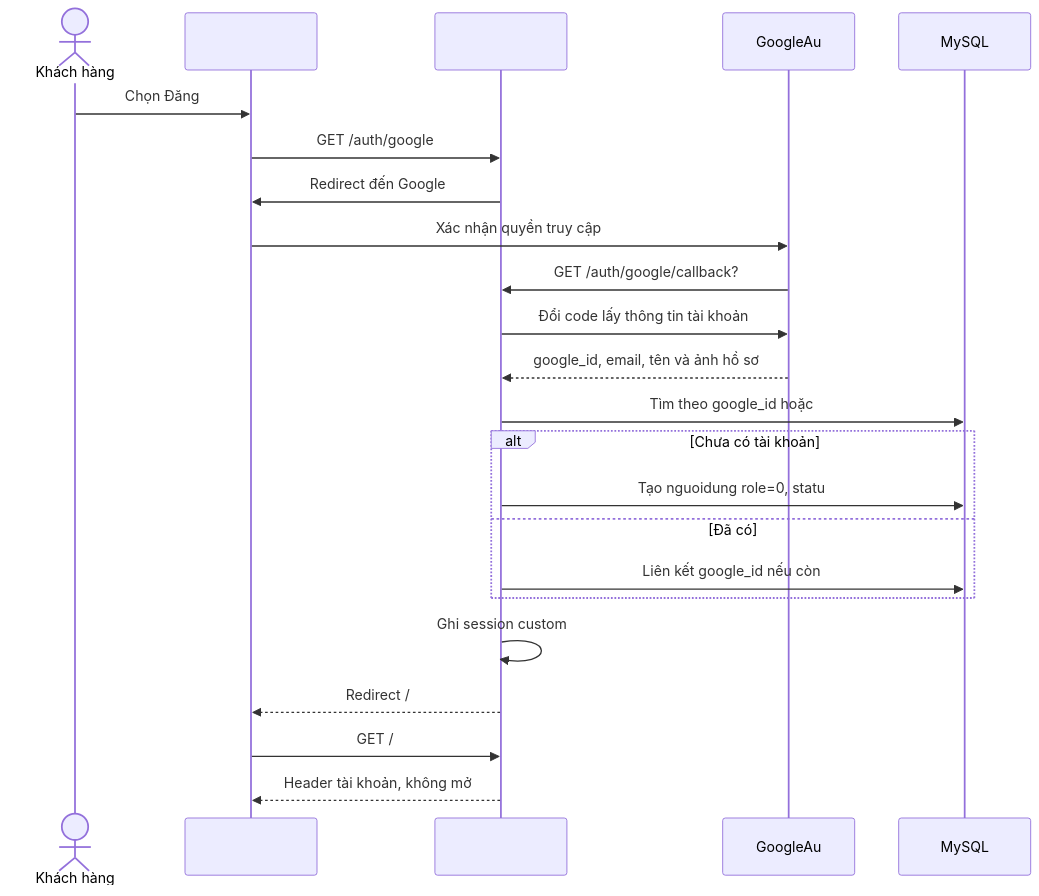
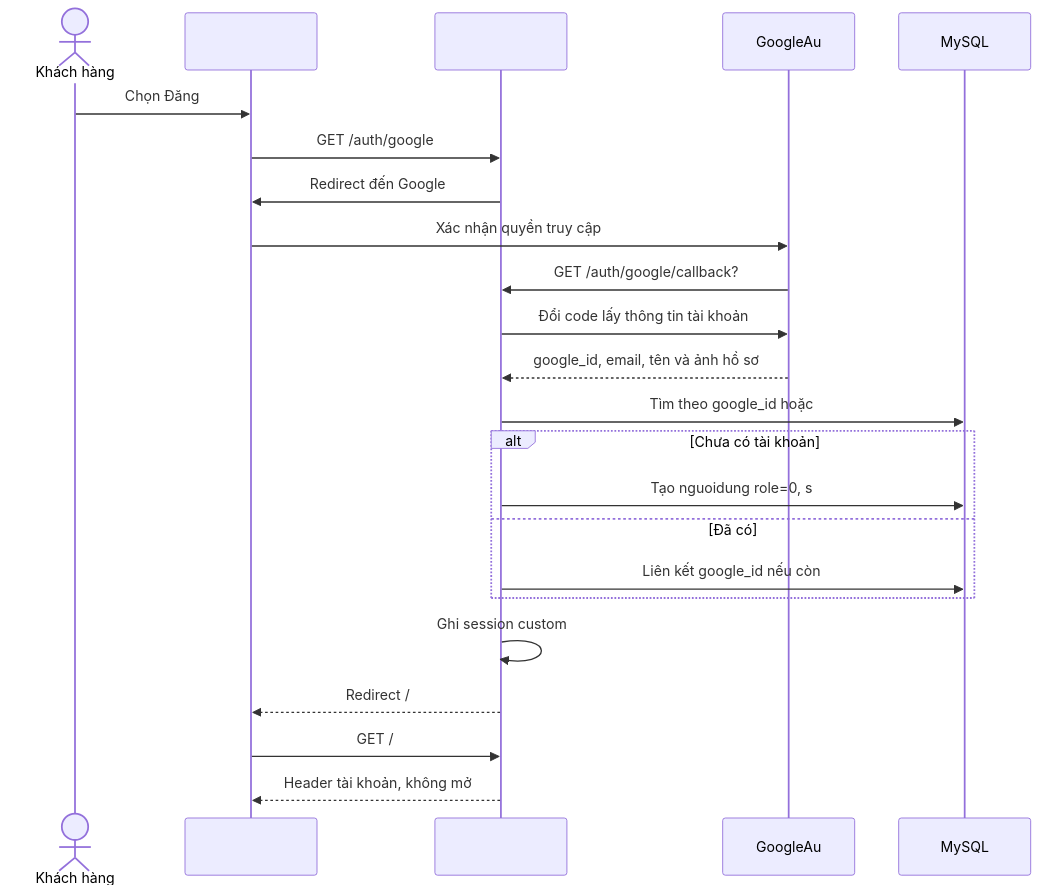
The third of 4 diagrams in README.md (ThuanDepzai03/DuAnTotNghiep), drawn with Mermaid before and after one commit.

Commit message:
sửa sản phẩm

````diff
--- a/README.md
+++ b/README.md
@@ -715,26 +715,26 @@
 ```mermaid
 sequenceDiagram
         actor Customer as Khách hàng
         participant Browser as 
         participant Laravel as
         participant Google as GoogleAu
         participant DB as MySQL
 
         Customer->>Browser: Chọn Đăng
         Browser->>Laravel: GET /auth/google
         Laravel->>Browser: Redirect đến Google
         Browser->>Google: Xác nhận quyền truy cập
         Google->>Laravel: GET /auth/google/callback?
         Laravel->>Google: Đổi code lấy thông tin tài khoản
         Google-->>Laravel: google_id, email, tên và ảnh hồ sơ
         Laravel->>DB: Tìm theo google_id hoặc
         alt Chưa có tài khoản
-                Laravel->>DB: Tạo nguoidung role=0, statu
+                Laravel->>DB: Tạo nguoidung role=0, s
         else Đã có
                 Laravel->>DB: Liên kết google_id nếu còn 
         end
         Laravel->>Laravel: Ghi session custom
         Laravel-->>Browser: Redirect /
         Browser->>Laravel: GET /
         Laravel-->>Browser: Header tài khoản, không mở
 ```
````
